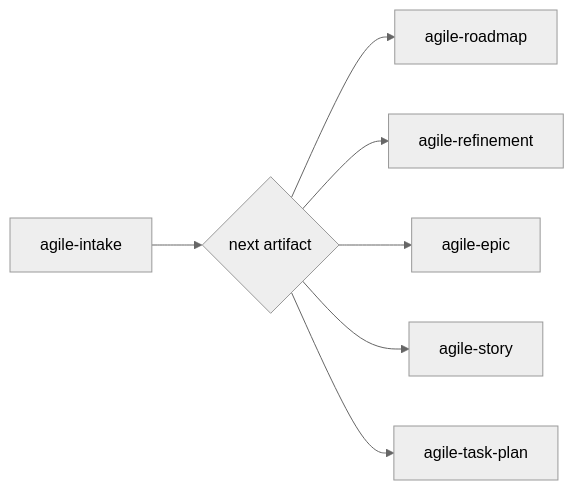
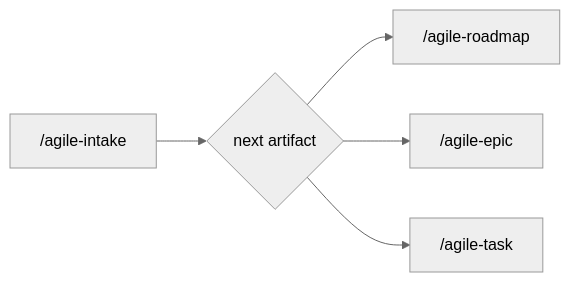
Before and after one commit to djalmajr/essential-skills: the diagram in skills/agile-intake/README.md, drawn with Mermaid (neutral theme). The commit also changed other lines of this file and 60 other files, not shown here.

````diff
--- a/skills/agile-intake/README.md
+++ b/skills/agile-intake/README.md
@@ -67,9 +67,7 @@
 ```mermaid
 flowchart LR
-    A[agile-intake] --> B{next artifact}
-    B --> C[agile-roadmap]
-    B --> D[agile-refinement]
-    B --> E[agile-epic]
-    B --> F[agile-story]
-    B --> G[agile-task-plan]
+    A["/agile-intake"] --> B{next artifact}
+    B --> C["/agile-roadmap"]
+    B --> D["/agile-epic"]
+    B --> E["/agile-task"]
 ```
````
